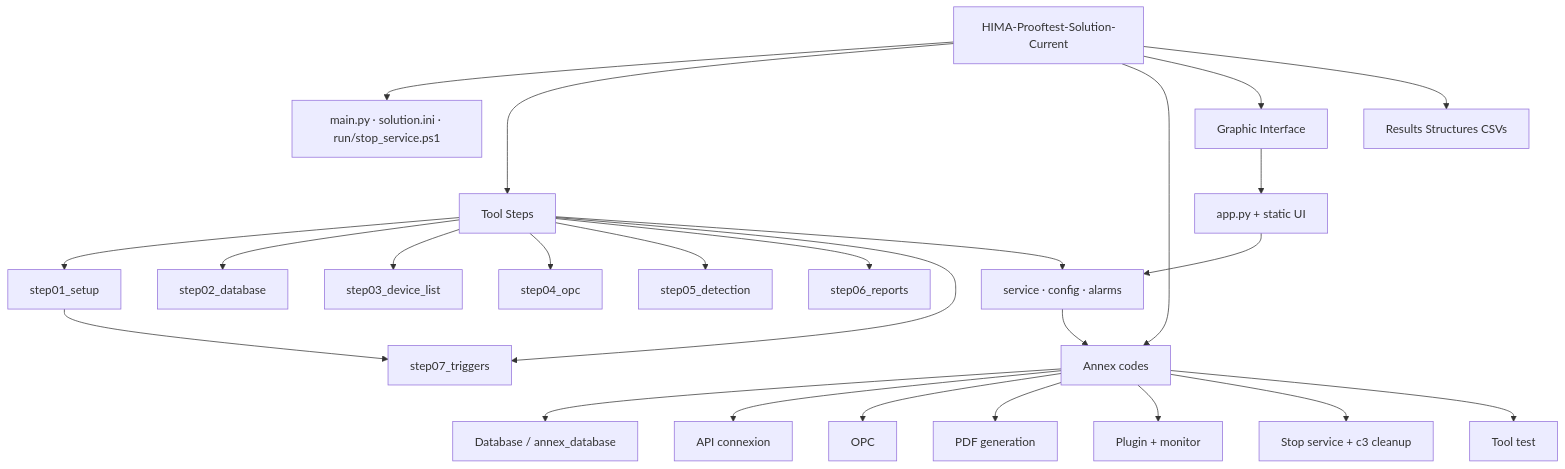
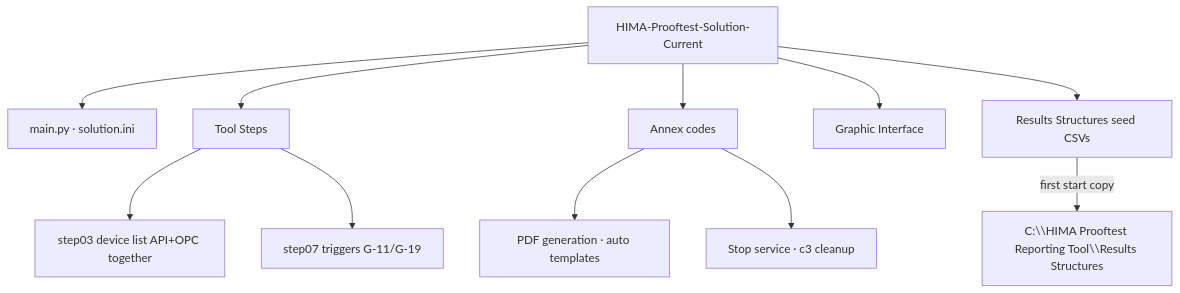
The tenth of 11 diagrams in Specifications/HIMA-Prooftest-Architecture-Mermaid.md (D-Mouna/Prooftest-Reporting-solution), drawn with Mermaid before and after one commit. The commit also changed other lines of this file and 200 other files, not shown here.

Commit message:
Show per-device source in the list (OPC ProgID or SILworX project) and keep SPEC 1.60 / code 1.63 in sync.

````diff
--- a/Specifications/HIMA-Prooftest-Architecture-Mermaid.md
+++ b/Specifications/HIMA-Prooftest-Architecture-Mermaid.md
@@ -232,33 +236,15 @@
 ```mermaid
 flowchart TB
-  ROOT["HIMA-Prooftest-Solution-Current"]
+  PKG["HIMA-Prooftest-Solution-Current"]
+  PKG --> MAIN[main.py · solution.ini]
+  PKG --> TS[Tool Steps]
+  PKG --> AX[Annex codes]
+  PKG --> GI[Graphic Interface]
+  PKG --> SEED[Results Structures seed CSVs]
 
-  ROOT --> MAIN["main.py · solution.ini · run/stop_service.ps1"]
-  ROOT --> TS["Tool Steps"]
-  ROOT --> AX["Annex codes"]
-  ROOT --> GI["Graphic Interface"]
-  ROOT --> RS["Results Structures CSVs"]
-
-  TS --> S01[step01_setup]
-  TS --> S02[step02_database]
-  TS --> S03[step03_device_list]
-  TS --> S04[step04_opc]
-  TS --> S05[step05_detection]
-  TS --> S06[step06_reports]
-  TS --> S07[step07_triggers]
-  TS --> SVC[service · config · alarms]
-
-  AX --> DB[Database / annex_database]
-  AX --> API[API connexion]
-  AX --> OPC[OPC]
-  AX --> PDF[PDF generation]
-  AX --> PLG[Plugin + monitor]
-  AX --> STP[Stop service + c3 cleanup]
-  AX --> TT[Tool test]
-
-  GI --> WEB[app.py + static UI]
-
-  SVC --> AX
-  S01 --> S07
-  WEB --> SVC
+  TS --> S03[step03 device list API+OPC together]
+  TS --> S07[step07 triggers G-11/G-19]
+  AX --> PDF[PDF generation · auto templates]
+  AX --> STP[Stop service · c3 cleanup]
+  SEED -->|first start copy| STATION["C:\\HIMA Prooftest Reporting Tool\\Results Structures"]
 ```
````
